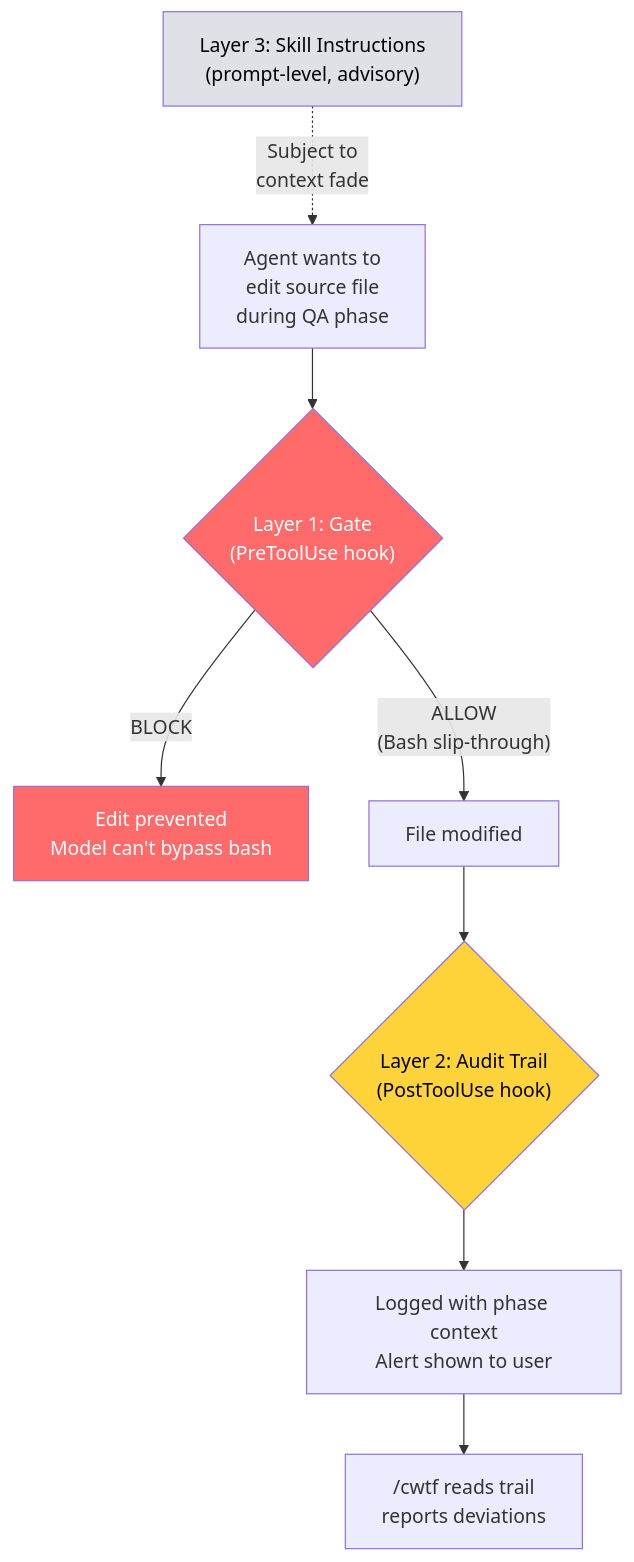
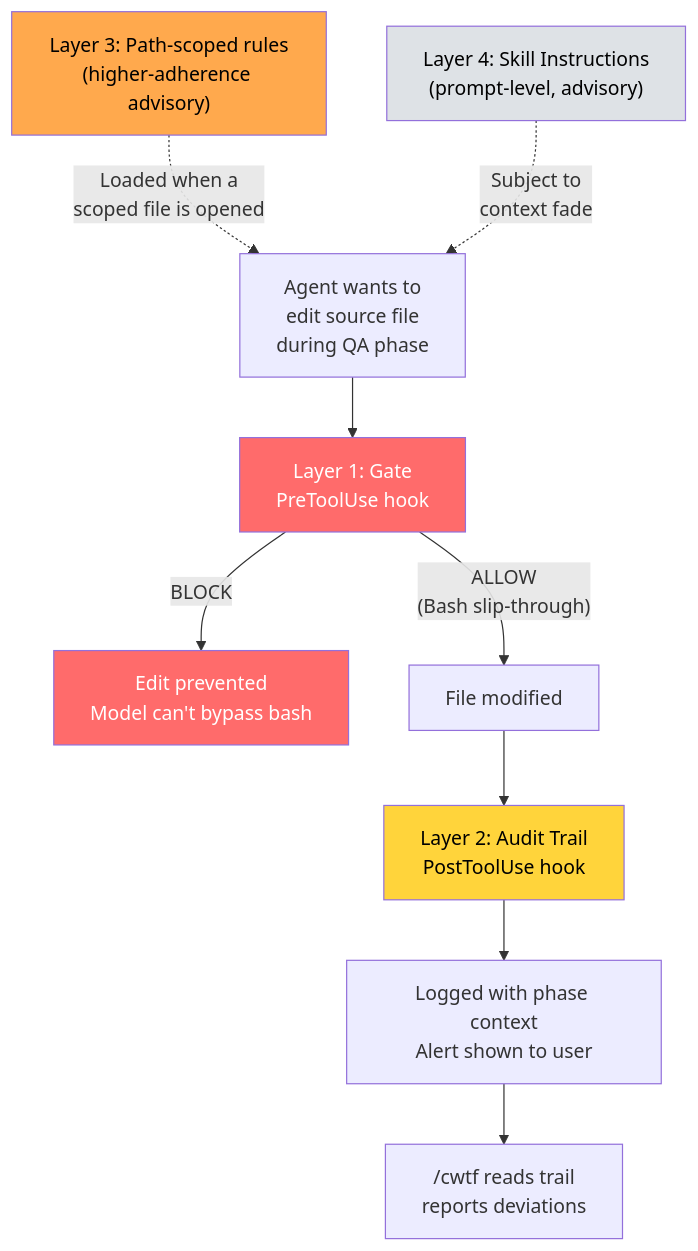
Before and after one commit to joshft/correctless: the fourth of 6 diagrams in README.md, drawn with Mermaid. The commit also changed other lines of this file and 28 other files, not shown here.

First line of the commit message:
Migrate PAT-001 to path-scoped rule file (dogfood prototype) (#52)

````diff
--- a/README.md
+++ b/README.md
@@ -159,16 +159,18 @@
 ```mermaid
 graph TD
-    A["Agent wants to<br/>edit source file<br/>during QA phase"] --> B{"Layer 1: Gate<br/>(PreToolUse hook)"}
+    A["Agent wants to<br/>edit source file<br/>during QA phase"] --> B["Layer 1: Gate<br/>PreToolUse hook"]
     B -->|"BLOCK"| C["Edit prevented<br/>Model can't bypass bash"]
     B -->|"ALLOW<br/>(Bash slip-through)"| D["File modified"]
-    D --> E{"Layer 2: Audit Trail<br/>(PostToolUse hook)"}
+    D --> E["Layer 2: Audit Trail<br/>PostToolUse hook"]
     E --> F["Logged with phase context<br/>Alert shown to user"]
     F --> G["/cwtf reads trail<br/>reports deviations"]
 
-    H["Layer 3: Skill Instructions<br/>(prompt-level, advisory)"] -.->|"Subject to<br/>context fade"| A
+    P["Layer 3: Path-scoped rules<br/>(higher-adherence advisory)"] -.->|"Loaded when a<br/>scoped file is opened"| A
+    H["Layer 4: Skill Instructions<br/>(prompt-level, advisory)"] -.->|"Subject to<br/>context fade"| A
 
     style B fill:#ff6b6b,color:#fff
     style C fill:#ff6b6b,color:#fff
     style E fill:#ffd43b,color:#000
+    style P fill:#ffa94d,color:#000
     style H fill:#dee2e6,color:#000
 ```
````
